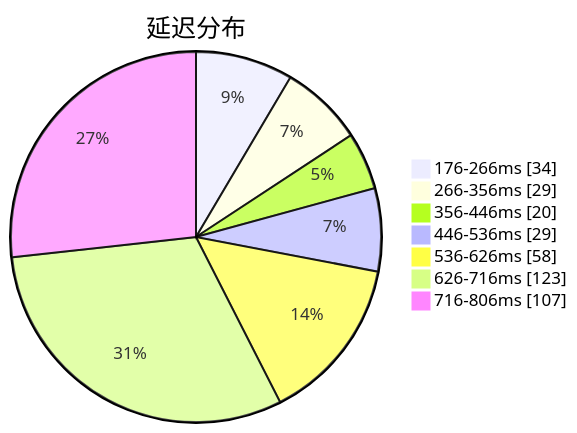
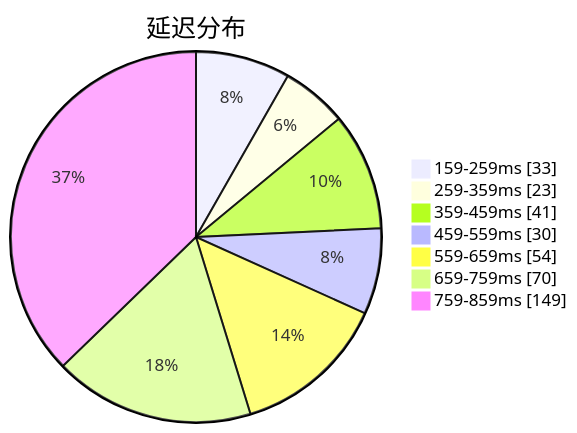
One commit to qjlxg/airport changed the first of 3 diagrams in subs/statistics/tested_within.md. Above: the diagram before and after it, drawn with Mermaid. The commit also changed other lines of this file and 2 other files, not shown here.

````diff
--- a/subs/statistics/tested_within.md
+++ b/subs/statistics/tested_within.md
@@ -2,11 +2,11 @@
 ```mermaid
 pie showData
 title 延迟分布
-"176-266ms" : 34
-"266-356ms" : 29
-"356-446ms" : 20
-"446-536ms" : 29
-"536-626ms" : 58
-"626-716ms" : 123
-"716-806ms" : 107
+"159-259ms" : 33
+"259-359ms" : 23
+"359-459ms" : 41
+"459-559ms" : 30
+"559-659ms" : 54
+"659-759ms" : 70
+"759-859ms" : 149
 ```
````
